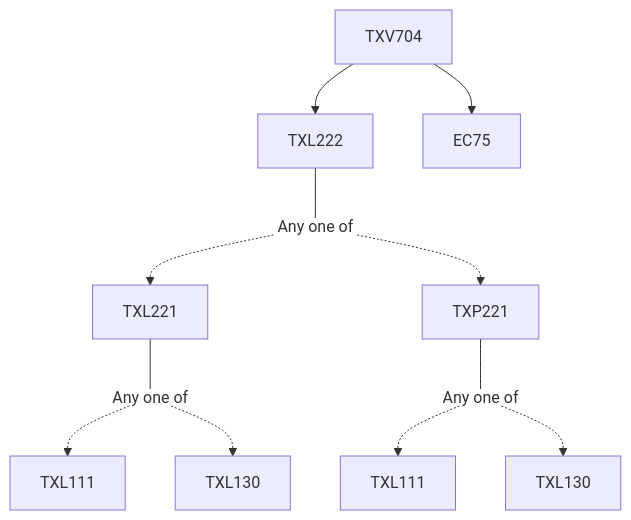
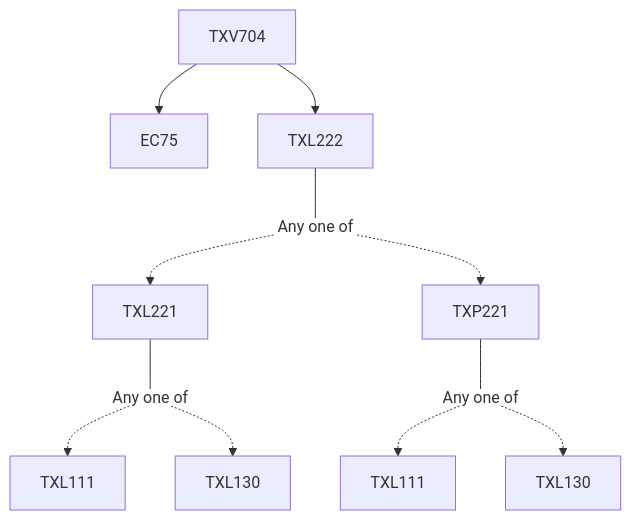
One commit to KeshavBansal0122/CoS_Website changed the diagram in content/Textile and Fibre Engineering/TXV704.md. Above: the diagram before and after it, drawn with Mermaid. The commit also changed other lines of this file and 392 other files, not shown here.

````diff
--- a/content/Textile and Fibre Engineering/TXV704.md
+++ b/content/Textile and Fibre Engineering/TXV704.md
@@ -13,18 +13,18 @@
 ```mermaid
 flowchart TD
 TXV704-863[TXV704]
+TXV704-863 --> EC75-863[EC75]
+TXV704-863 --> TXL222-863[TXL222]
 TXL222-863 --- Or864[Any one of]:::empty
+Or864 -.-> TXL221-865[TXL221]
 TXL221-865 --- Or866[Any one of]:::empty
 Or866 -.-> TXL111-867[TXL111]
 Or866 -.-> TXL130-868[TXL130]
-Or864 -.-> TXL221-865[TXL221]
-Or864 -.-> TXP221-869[TXP221]
 TXP221-869 --- Or870[Any one of]:::empty
 Or870 -.-> TXL111-871[TXL111]
 Or870 -.-> TXL130-872[TXL130]
-TXV704-863 --> EC75-863[EC75]
-TXV704-863 --> TXL222-863[TXL222]
+Or864 -.-> TXP221-869[TXP221]
 
 classDef empty height:17px, fill:transparent, stroke:transparent;
 classDef trueEmpty height:0px, width:0px;
 ```
````
